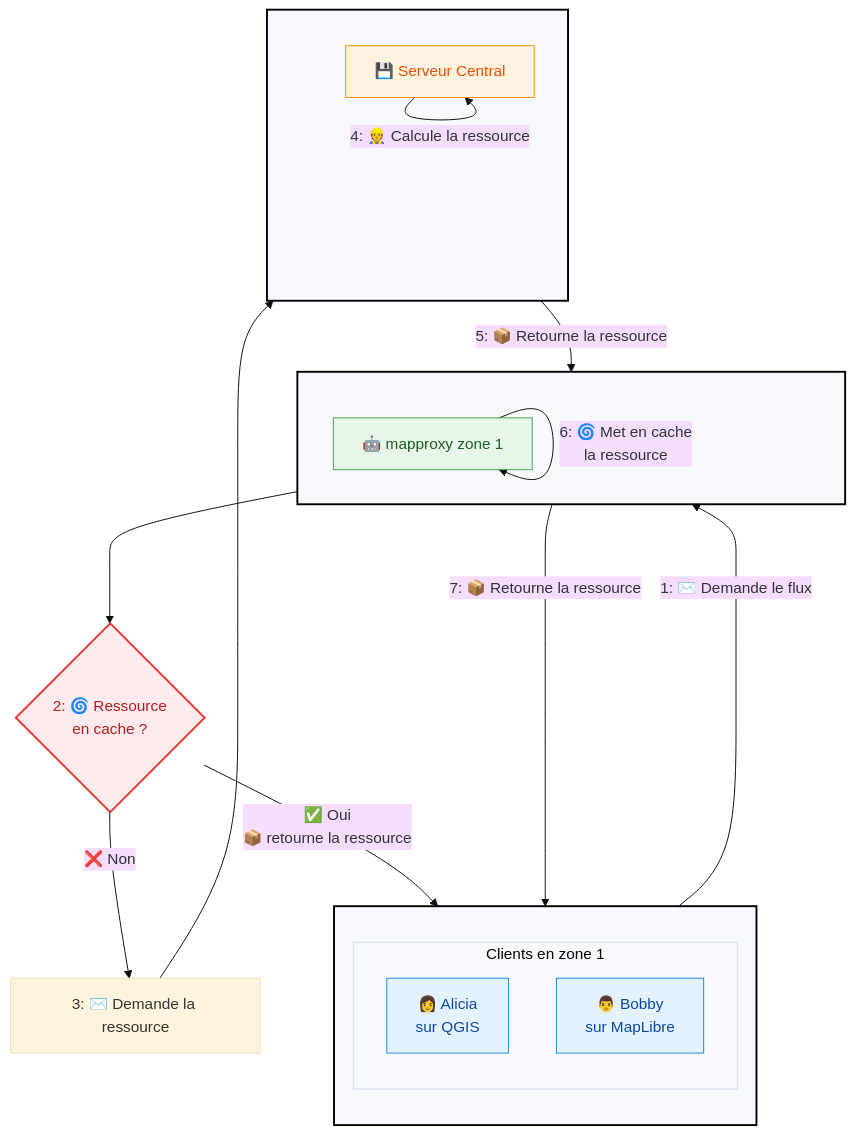
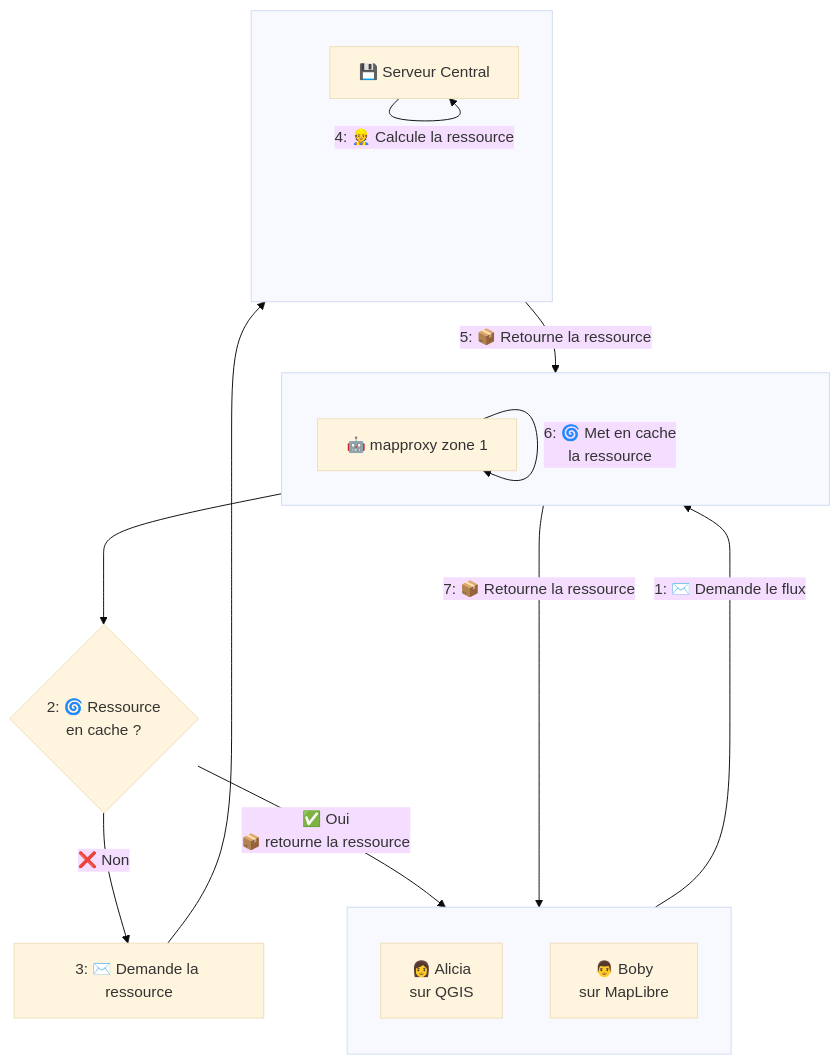
Before and after one commit to geotribu/website: the diagram in content/articles/2026/2026-03-03_cacher_wms_avec_mapproxy.md, drawn with Mermaid (base theme). The commit also changed other lines of this file, not shown here.

Commit message:
edit(article): modifs details

````diff
--- a/content/articles/2026/2026-03-03_cacher_wms_avec_mapproxy.md
+++ b/content/articles/2026/2026-03-03_cacher_wms_avec_mapproxy.md
@@ -57,43 +57,30 @@
 ```mermaid
 graph TD
-    classDef client fill:#E3F2FD,stroke:#1E88E5,stroke-width:1px,color:#0D47A1;
-    classDef mapproxy fill:#E8F5E9,stroke:#43A047,stroke-width:1px,color:#1B5E20;
-    classDef server fill:#FFF3E0,stroke:#FB8C00,stroke-width:1px,color:#E65100;
-    classDef decision fill:#FFEBEE,stroke:#E53935,stroke-width:2px,color:#B71C1C;
-    classDef col stroke:#000000,stroke-width:2px,color:#B71C1C;
 
     subgraph Col1[ ]
         direction TB
-        subgraph Z1C[Clients en zone 1]
-            ClientZ11[👩 Alicia<br>sur QGIS]
-            ClientZ12[👨 Bobby<br>sur MapLibre]
-        end
+        ClientZ11[👩 Alicia<br>sur QGIS]
+        ClientZ12[👨 Boby<br>sur MapLibre]
     end
 
     subgraph Col2[ ]
         direction LR
         mapproxyZ1[🤖 mapproxy zone 1]
     end
 
     subgraph Col3[ ]
         direction TB
         ServeurCentral[💾 Serveur Central]
     end
 
 
     ClientZ11 --> |1: ✉️ Demande le flux| mapproxyZ1
     mapproxyZ1 ---> D1{2: 🌀 Ressource<br>en cache ?}
     D1 --> |✅ Oui<br>📦 retourne la ressource| ClientZ11
     D1 --> |❌ Non| R1Z1[3: ✉️ Demande la ressource]
     R1Z1 --> ServeurCentral
     ServeurCentral --> |4: 👷 Calcule la ressource| ServeurCentral
     ServeurCentral --> |5: 📦 Retourne la ressource| mapproxyZ1
     mapproxyZ1 --> |6: 🌀 Met en cache<br>la ressource| mapproxyZ1
     mapproxyZ1 --> |7: 📦 Retourne la ressource| ClientZ11
-
-    class ClientZ11,ClientZ12 client;
-    class mapproxyZ1,mapproxyZ2 mapproxy;
-    class ServeurCentral server;
-    class D1,D2 decision;
-    class Col1,Col2,Col3 col;
 ```
````
